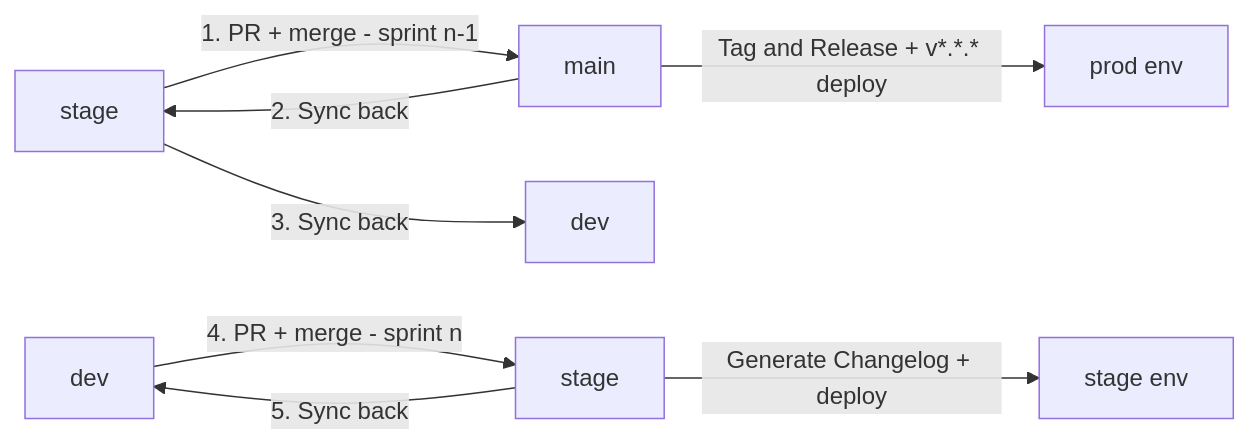
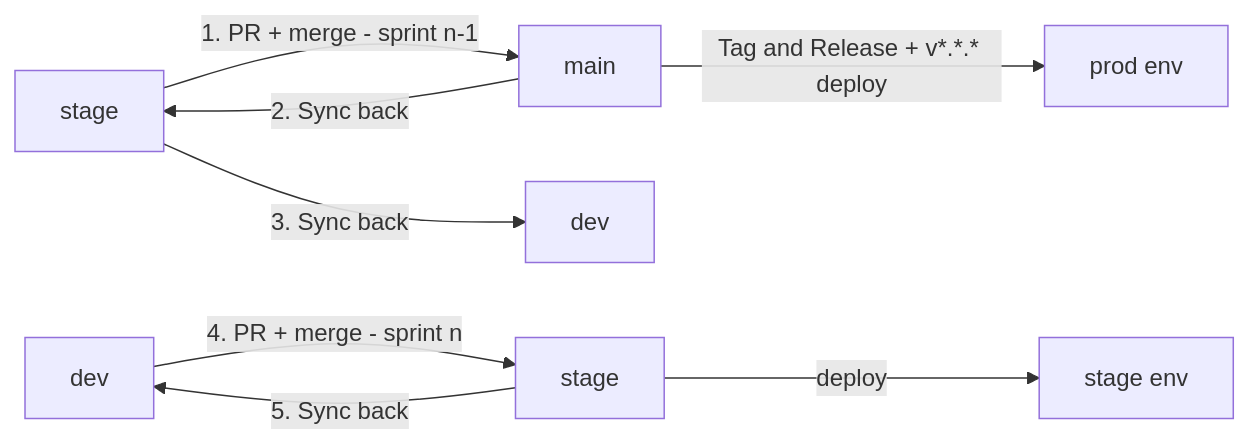
The diagram in docs/src/architecture/release-runbook.md (EPFL-ENAC/co2-calculator), drawn with Mermaid before and after one commit. The commit also changed other lines of this file and 9 other files, not shown here.

````diff
--- a/docs/src/architecture/release-runbook.md
+++ b/docs/src/architecture/release-runbook.md
@@ -13,9 +13,9 @@
 ```mermaid
 graph LR
     S1[stage] -->|1. PR + merge - sprint n-1| M[main]
     M -->|Tag and Release + v*.*.* deploy| P[prod env]
     M -->|2. Sync back| S1 -->|3. Sync back| D[dev]
     D2[dev] -->|4. PR + merge - sprint n| S2[stage]
-    S2 -->|Generate Changelog + deploy| E[stage env]
+    S2 -->|deploy| E[stage env]
     S2 -->|5. Sync back| D2
 ```
````
